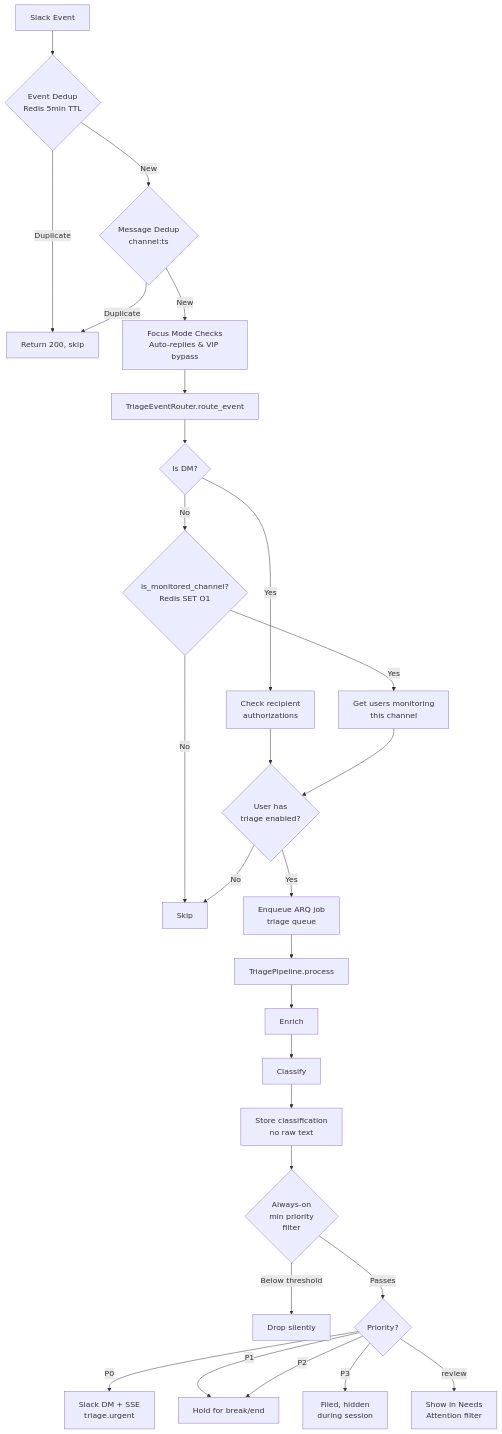
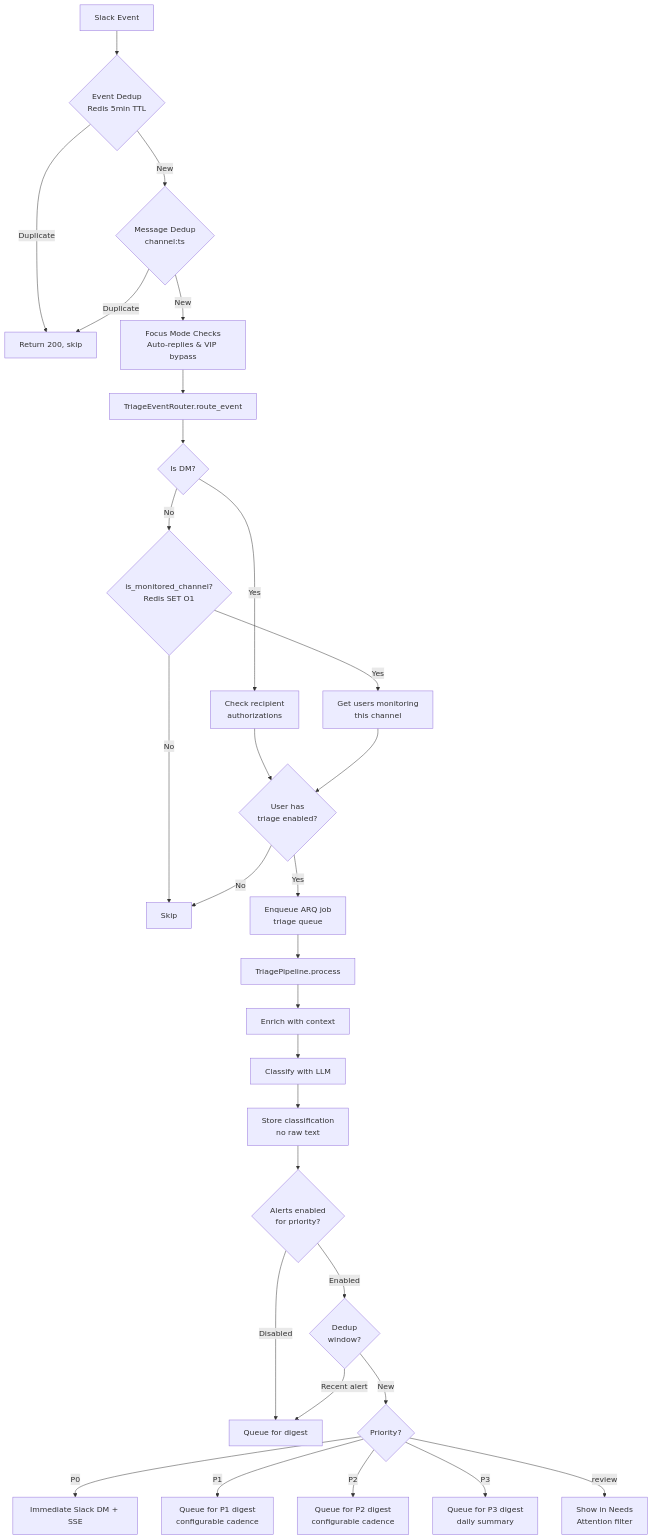
Before and after one commit to tekkno89/alfred-pa: the first of 7 diagrams in .claude/diagrams/triage-flow.md, drawn with Mermaid. The commit also changed other lines of this file and 2 other files, not shown here.

First line of the commit message:
docs: update triage docs for P0-P3 system and fix sandbox image build

````diff
--- a/.claude/diagrams/triage-flow.md
+++ b/.claude/diagrams/triage-flow.md
@@ -9,30 +9,32 @@
 ```mermaid
 flowchart TD
     SE[Slack Event] --> ED{Event Dedup<br/>Redis 5min TTL}
     ED -->|Duplicate| SKIP[Return 200, skip]
     ED -->|New| MD{Message Dedup<br/>channel:ts}
     MD -->|Duplicate| SKIP
     MD -->|New| FM[Focus Mode Checks<br/>Auto-replies & VIP bypass]
     FM --> TR[TriageEventRouter.route_event]
     TR --> DM{Is DM?}
     DM -->|Yes| AUTH[Check recipient<br/>authorizations]
     DM -->|No| MON{is_monitored_channel?<br/>Redis SET O1}
     AUTH --> TRIAGE_EN{User has<br/>triage enabled?}
     MON -->|No| DONE[Skip]
     MON -->|Yes| USERS[Get users monitoring<br/>this channel]
     USERS --> TRIAGE_EN
     TRIAGE_EN -->|No| DONE
     TRIAGE_EN -->|Yes| JOB[Enqueue ARQ job<br/>triage queue]
     JOB --> PIPE[TriagePipeline.process]
-    PIPE --> ENR[Enrich]
-    ENR --> CLS[Classify]
+    PIPE --> ENR[Enrich with context]
+    ENR --> CLS[Classify with LLM]
     CLS --> STORE[Store classification<br/>no raw text]
-    STORE --> FILT{Always-on<br/>min priority<br/>filter}
-    FILT -->|Below threshold| DROP[Drop silently]
-    FILT -->|Passes| PRI{Priority?}
-    PRI -->|P0| NOTIFY[Slack DM + SSE<br/>triage.urgent]
-    PRI -->|P1| HOLD[Hold for break/end]
-    PRI -->|P2| HOLD
-    PRI -->|P3| FILED[Filed, hidden<br/>during session]
+    STORE --> FILT{Alerts enabled<br/>for priority?}
+    FILT -->|Disabled| QUEUE[Queue for digest]
+    FILT -->|Enabled| DEDUP{Dedup<br/>window?}
+    DEDUP -->|Recent alert| QUEUE
+    DEDUP -->|New| PRI{Priority?}
+    PRI -->|P0| NOTIFY[Immediate Slack DM + SSE]
+    PRI -->|P1| DIGEST1[Queue for P1 digest<br/>configurable cadence]
+    PRI -->|P2| DIGEST2[Queue for P2 digest<br/>configurable cadence]
+    PRI -->|P3| DIGEST3[Queue for P3 digest<br/>daily summary]
     PRI -->|review| SHOW[Show in Needs<br/>Attention filter]
 ```
````
